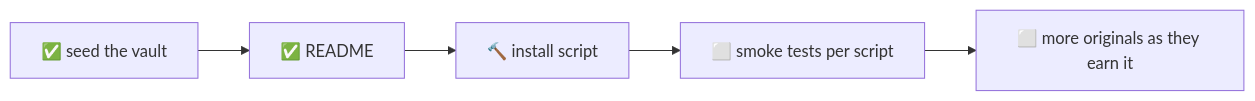
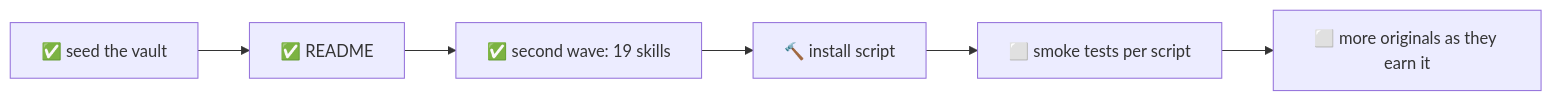
Diagram 12 of 12 in README.md (shoemoney/shoemoney-skills), drawn with Mermaid before and after one commit. The commit also changed other lines of this file and 88 other files, not shown here.

Commit message:
feat: 📚 second wave — 12 more originals: session tools, the whole KDP pipeline, Maria, Taytay, walk-the-funnel, going-public-audit

````diff
--- a/README.md
+++ b/README.md
@@ -703,7 +1268,7 @@
 ```mermaid
 flowchart LR
-    A[✅ seed the vault] --> B[✅ README]
-    B --> C[🔨 install script]
+    A[✅ seed the vault] --> B[✅ README] --> B2[✅ second wave: 19 skills]
+    B2 --> C[🔨 install script]
     C --> D[⬜ smoke tests per script]
     D --> E[⬜ more originals as they earn it]
 ```
````
